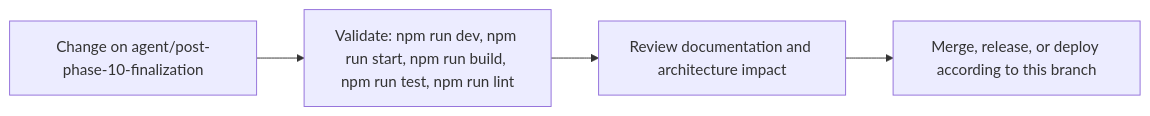
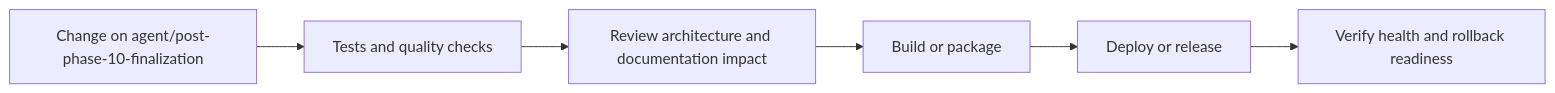
One commit to Nischhalsubba/BindForge-NW changed the fifth of 6 diagrams in README.md. Above: the diagram before and after it, drawn with Mermaid. The commit also changed other lines of this file, not shown here.

````diff
--- a/README.md
+++ b/README.md
@@ -88,8 +185,8 @@
 ```mermaid
 flowchart LR
-    CHANGE["Change on agent/post-phase-10-finalization"]
-    CHECK["Validate: npm run dev, npm run start, npm run build, npm run test, npm run lint"]
-    REVIEW["Review documentation and architecture impact"]
-    RELEASE["Merge, release, or deploy according to this branch"]
-    CHANGE --> CHECK --> REVIEW --> RELEASE
+    CHANGE["Change on agent/post-phase-10-finalization"] --> CHECK["Tests and quality checks"]
+    CHECK --> REVIEW["Review architecture and documentation impact"]
+    REVIEW --> BUILD["Build or package"]
+    BUILD --> DEPLOY["Deploy or release"]
+    DEPLOY --> VERIFY["Verify health and rollback readiness"]
 ```
````
